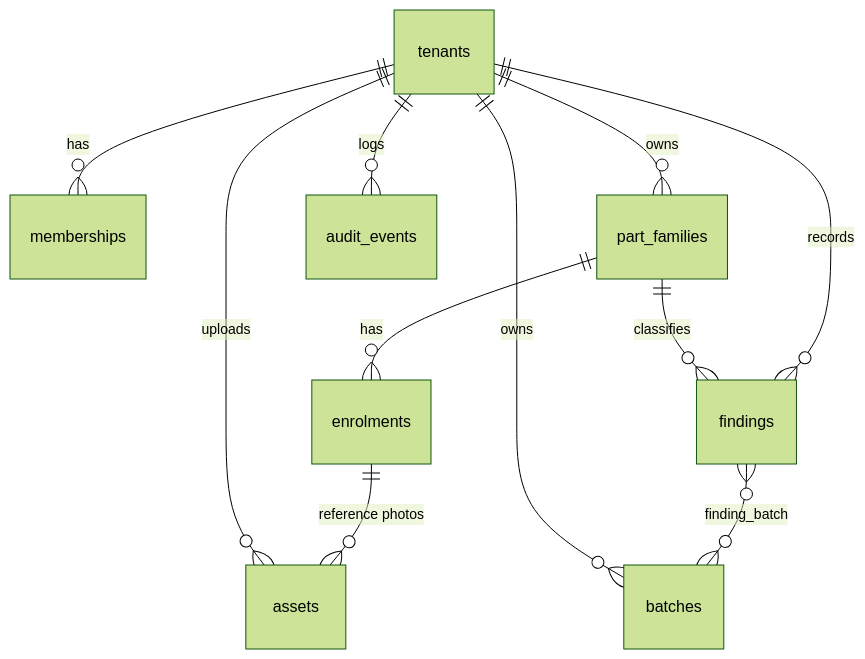
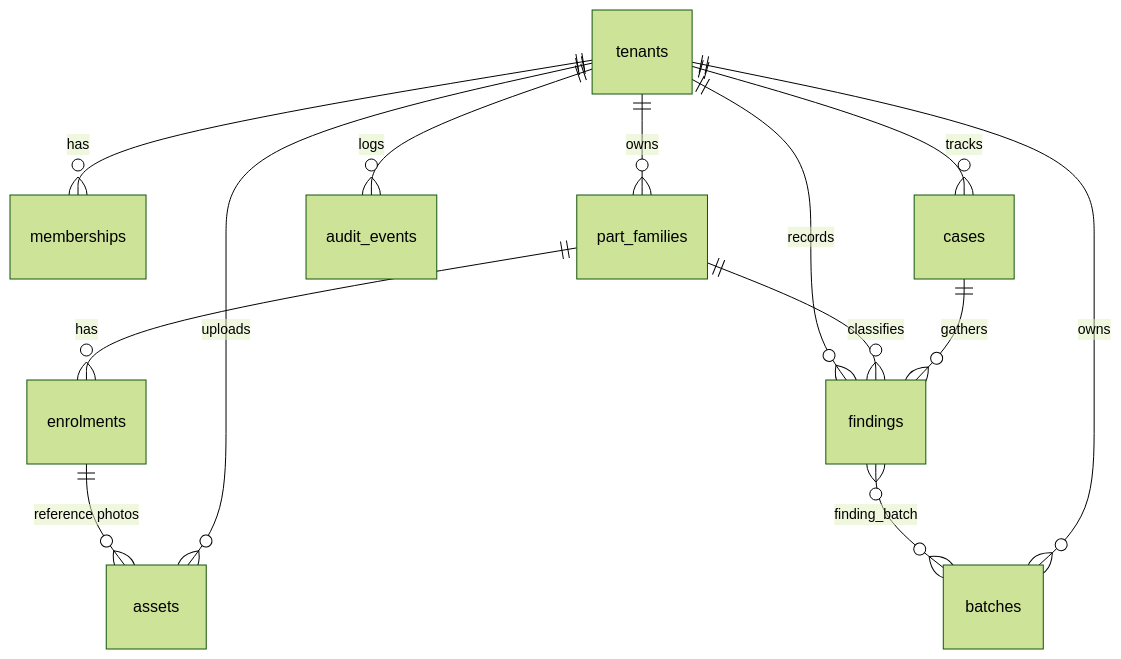
Before and after one commit to kandulanikhilvarma/witness: the fourth of 4 diagrams in README.md, drawn with Mermaid (forest theme). The commit also changed other lines of this file and 4 other files, not shown here.

````diff
--- a/README.md
+++ b/README.md
@@ -232,13 +232,15 @@
 ```mermaid
 erDiagram
   tenants ||--o{ memberships : "has"
   tenants ||--o{ part_families : "owns"
   part_families ||--o{ enrolments : "has"
   enrolments ||--o{ assets : "reference photos"
   tenants ||--o{ assets : "uploads"
   tenants ||--o{ findings : "records"
   part_families ||--o{ findings : "classifies"
   findings }o--o{ batches : "finding_batch"
   tenants ||--o{ batches : "owns"
   tenants ||--o{ audit_events : "logs"
+  tenants ||--o{ cases : "tracks"
+  cases ||--o{ findings : "gathers"
 ```
````
